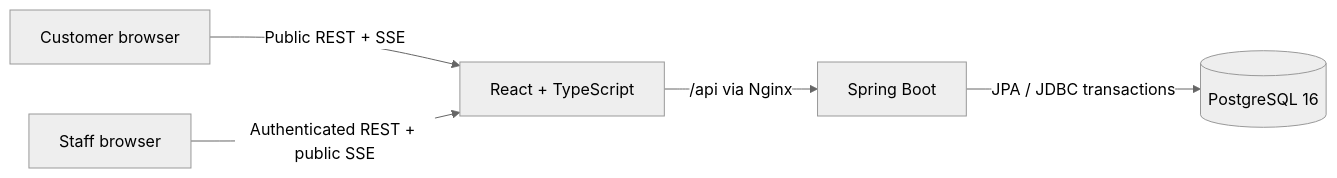
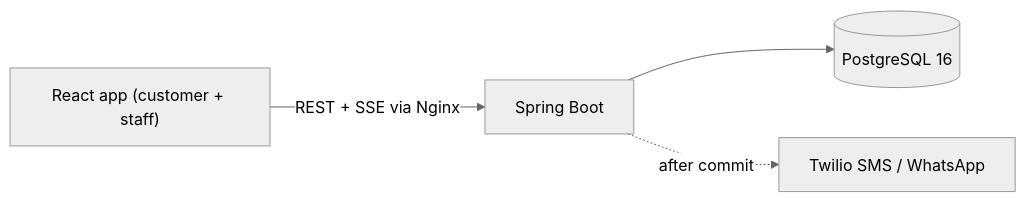
One commit to YashwardhanV/Line-Pilot changed the first of 3 diagrams in docs/ARCHITECTURE.md. Above: the diagram before and after it, drawn with Mermaid (neutral theme). The commit also changed other lines of this file and 2 other files, not shown here.

````diff
--- a/docs/ARCHITECTURE.md
+++ b/docs/ARCHITECTURE.md
@@ -5,7 +3,6 @@
 ```mermaid
 flowchart LR
-    Customer["Customer browser"] -->|"Public REST + SSE"| Frontend["React + TypeScript"]
-    Staff["Staff browser"] -->|"Authenticated REST + public SSE"| Frontend
-    Frontend -->|"/api via Nginx"| Backend["Spring Boot"]
-    Backend -->|"JPA / JDBC transactions"| Postgres[("PostgreSQL 16")]
+    Browser["React app (customer + staff)"] -->|"REST + SSE via Nginx"| API["Spring Boot"]
+    API --> DB[("PostgreSQL 16")]
+    API -.->|"after commit"| SMS["Twilio SMS / WhatsApp"]
 ```
````
